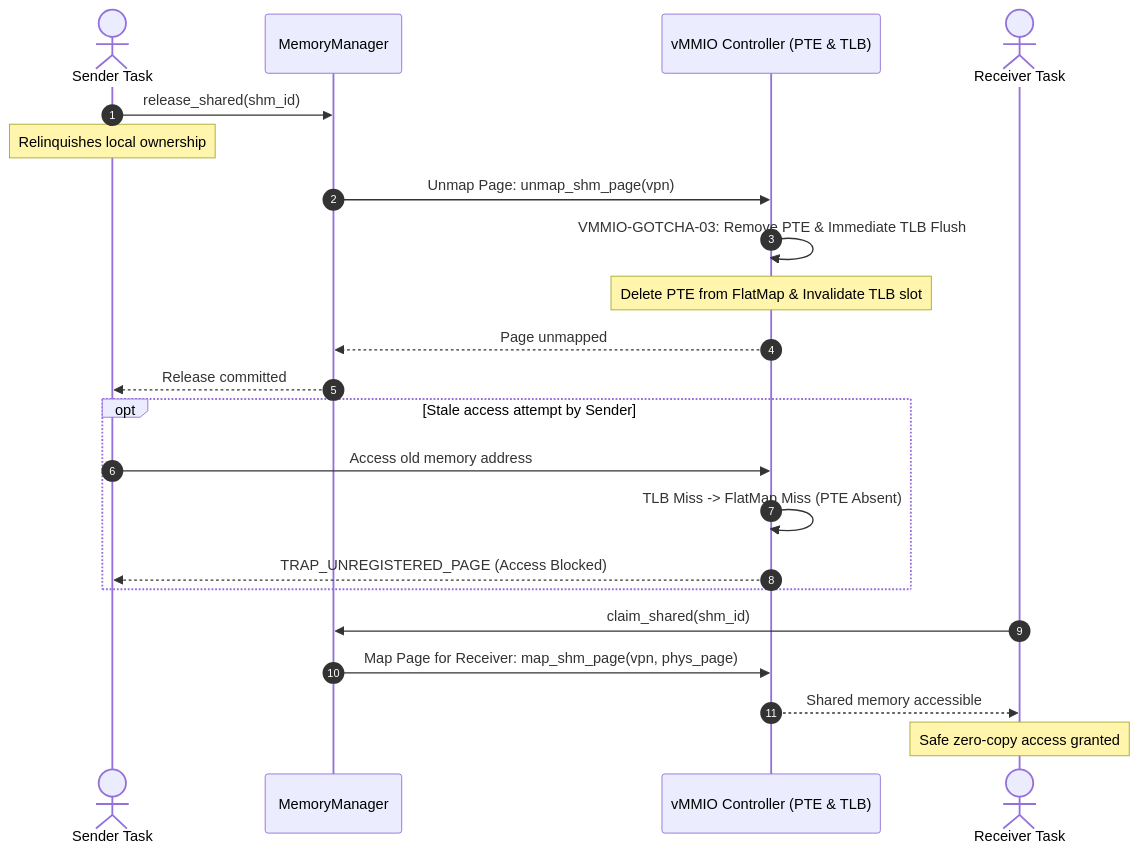
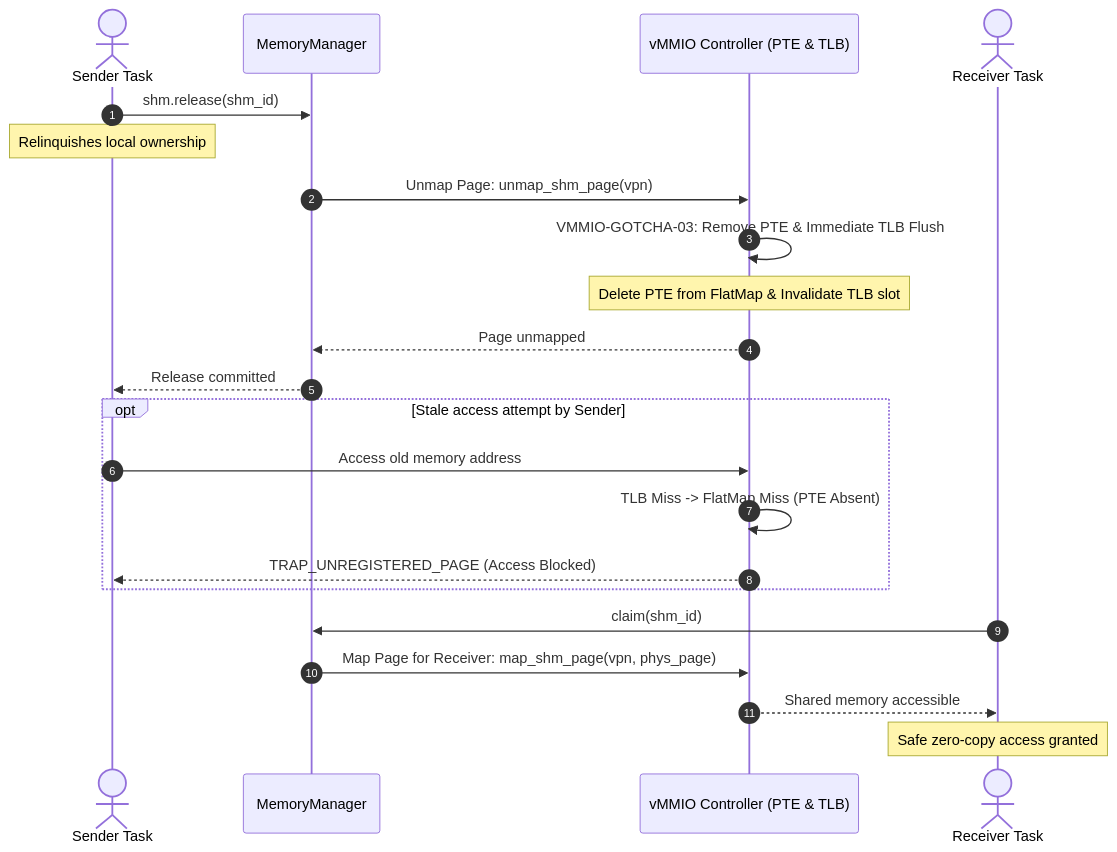
Before and after one commit to kmt-t/fireball: the third of 5 diagrams in docs/components/tier2_runtime/runtime_vmmio.md, drawn with Mermaid. The commit also changed other lines of this file and 18 other files, not shown here.

Commit message:
docs: harmonize component diagrams, state transitions, and symlinks across specifications

````diff
--- a/docs/components/tier2_runtime/runtime_vmmio.md
+++ b/docs/components/tier2_runtime/runtime_vmmio.md
@@ -221,27 +221,27 @@
 ```mermaid
 sequenceDiagram
     autonumber
     actor Sender as Sender Task
     participant Mem as MemoryManager
     participant vMMIO as vMMIO Controller (PTE & TLB)
     actor Receiver as Receiver Task
 
-    Sender->>Mem: release_shared(shm_id)
+    Sender->>Mem: shm.release(shm_id)
     Note over Sender: Relinquishes local ownership
     Mem->>vMMIO: Unmap Page: unmap_shm_page(vpn)
     vMMIO->>vMMIO: VMMIO-GOTCHA-03: Remove PTE & Immediate TLB Flush
     Note over vMMIO: Delete PTE from FlatMap & Invalidate TLB slot
     vMMIO-->>Mem: Page unmapped
     Mem-->>Sender: Release committed
 
     opt Stale access attempt by Sender
         Sender->>vMMIO: Access old memory address
         vMMIO->>vMMIO: TLB Miss -> FlatMap Miss (PTE Absent)
         vMMIO-->>Sender: TRAP_UNREGISTERED_PAGE (Access Blocked)
     end
 
-    Receiver->>Mem: claim_shared(shm_id)
+    Receiver->>Mem: claim(shm_id)
     Mem->>vMMIO: Map Page for Receiver: map_shm_page(vpn, phys_page)
     vMMIO-->>Receiver: Shared memory accessible
     Note over Receiver: Safe zero-copy access granted
 ```
````
